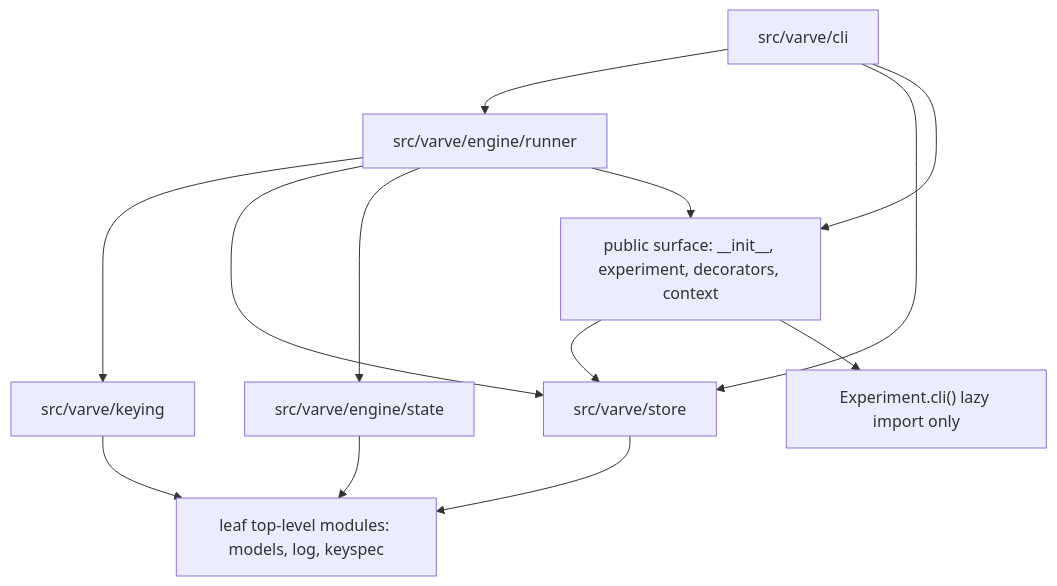
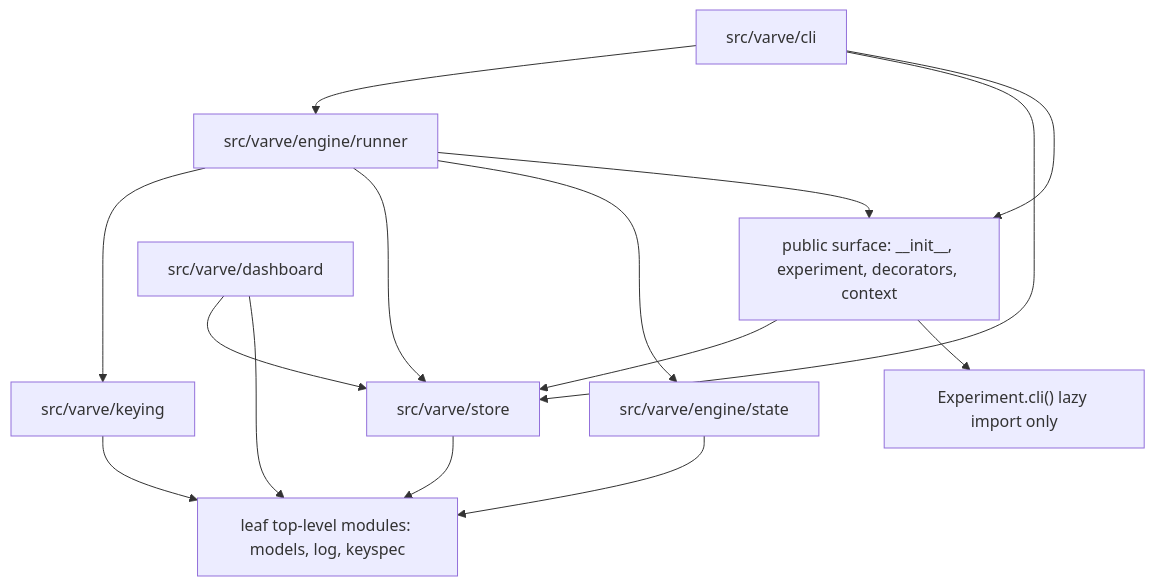
One commit to moeakwak/varve changed the diagram in ARCHITECTURE.md. Above: the diagram before and after it, drawn with Mermaid. The commit also changed other lines of this file and 12 other files, not shown here.

Commit message:
feat(dashboard): add read-only store dashboard

````diff
--- a/ARCHITECTURE.md
+++ b/ARCHITECTURE.md
@@ -50,23 +55,26 @@
 ```mermaid
 flowchart TD
   public["public surface: __init__, experiment, decorators, context"]
   leaves["leaf top-level modules: models, log, keyspec"]
   keying["src/varve/keying"]
   store["src/varve/store"]
   state["src/varve/engine/state"]
   runner["src/varve/engine/runner"]
+  dashboard["src/varve/dashboard"]
   cli["src/varve/cli"]
 
   keying --> leaves
   store --> leaves
   state --> leaves
   runner --> keying
   runner --> store
   runner --> state
   runner --> public
+  dashboard --> store
+  dashboard --> leaves
   cli --> runner
   cli --> store
   cli --> public
   public --> store
   public --> cli_exception["Experiment.cli() lazy import only"]
 ```
````
